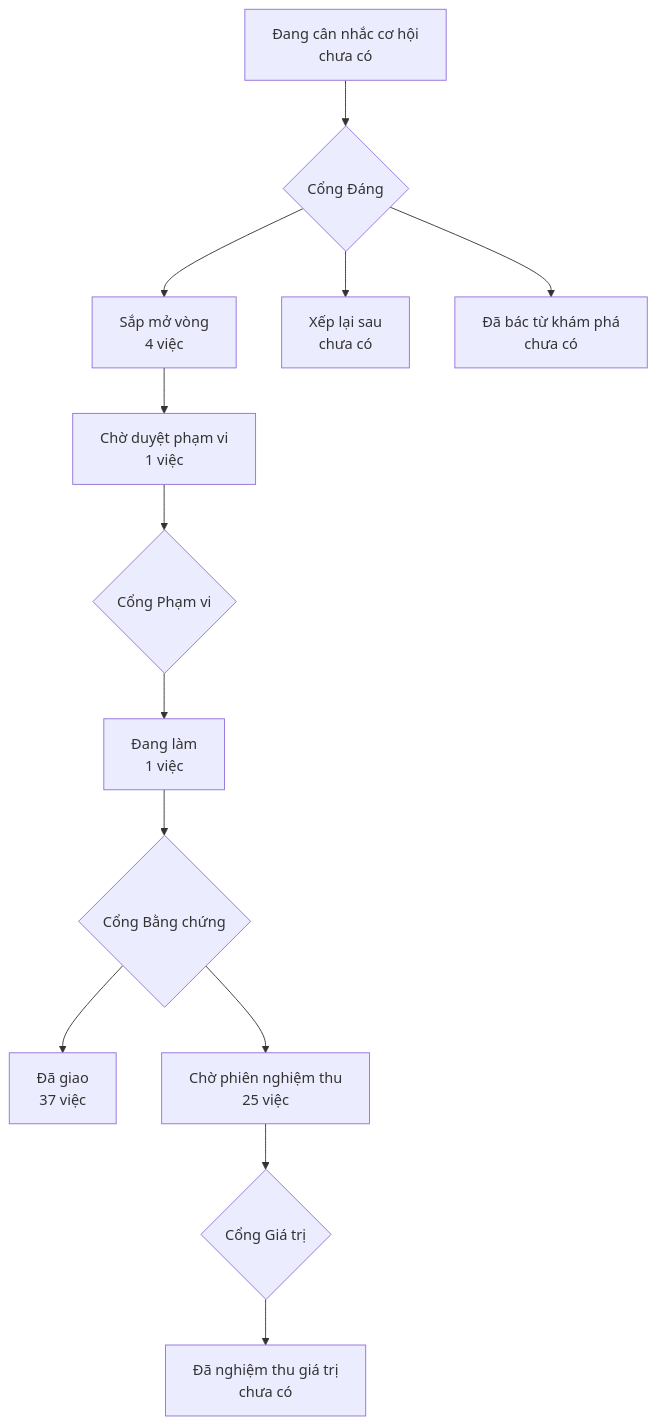
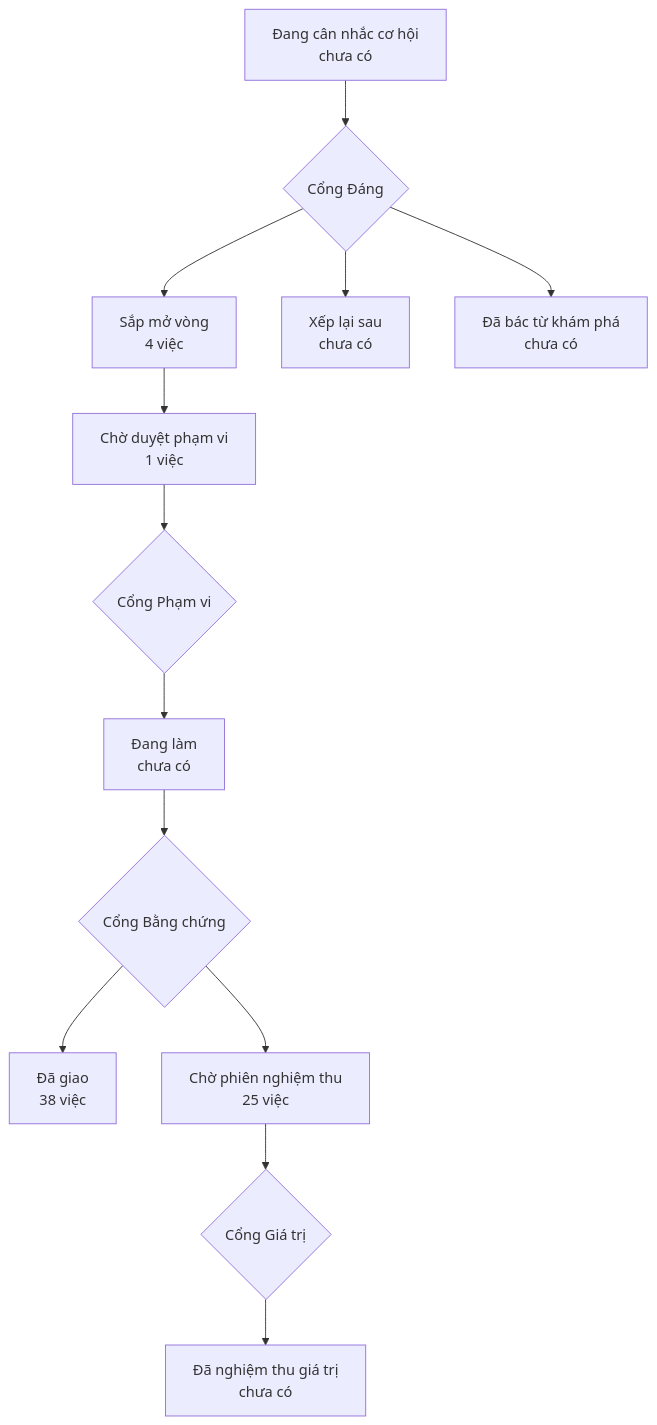
The diagram in PRODUCT-MAP.md (phanlemanh/onehub-invest), drawn with Mermaid before and after one commit. The commit also changed other lines of this file and 4 other files, not shown here.

````diff
--- a/PRODUCT-MAP.md
+++ b/PRODUCT-MAP.md
@@ -7,12 +7,12 @@
 ```mermaid
 flowchart TD
   A["Đang cân nhắc cơ hội<br/>chưa có"] --> GD{"Cổng Đáng"}
   GD --> B["Sắp mở vòng<br/>4 việc"]
   GD --> XL["Xếp lại sau<br/>chưa có"]
   GD --> DB["Đã bác từ khám phá<br/>chưa có"]
   B --> CD["Chờ duyệt phạm vi<br/>1 việc"] --> GP{"Cổng Phạm vi"}
-  GP --> DL["Đang làm<br/>1 việc"] --> GB{"Cổng Bằng chứng"}
-  GB --> DG["Đã giao<br/>37 việc"]
+  GP --> DL["Đang làm<br/>chưa có"] --> GB{"Cổng Bằng chứng"}
+  GB --> DG["Đã giao<br/>38 việc"]
   GB --> CN["Chờ phiên nghiệm thu<br/>25 việc"] --> GG{"Cổng Giá trị"}
   GG --> NT["Đã nghiệm thu giá trị<br/>chưa có"]
 ```
````
